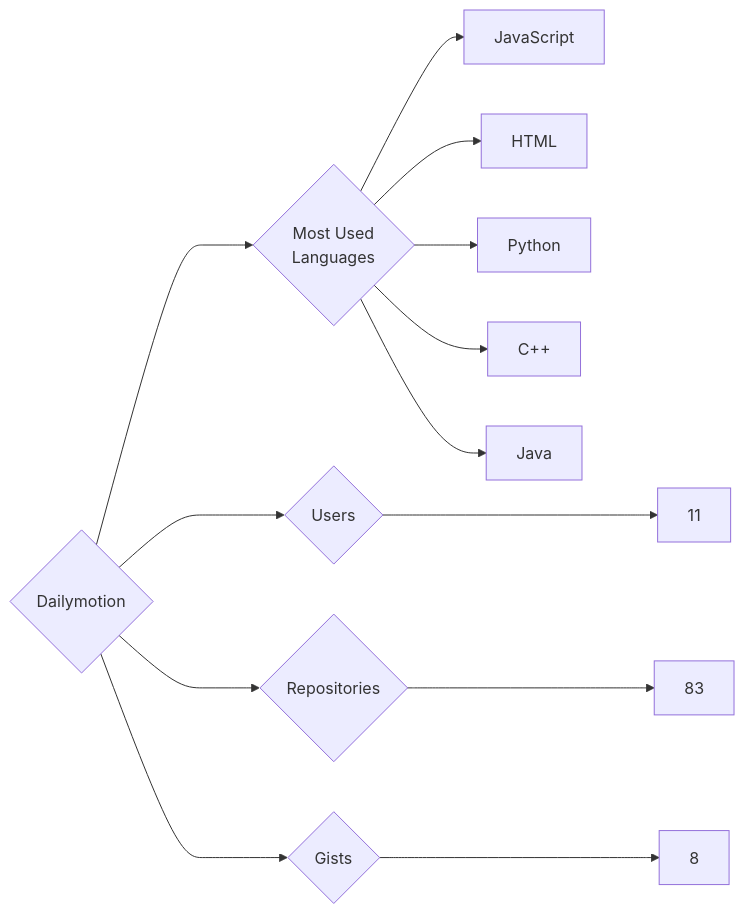
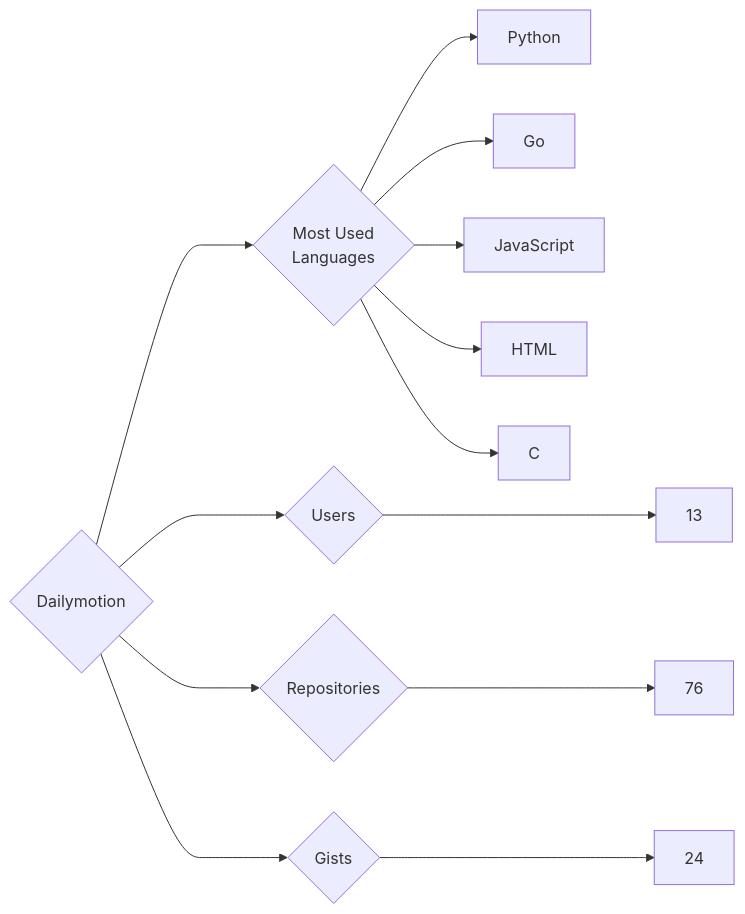
Before and after one commit to trickest/insiders: the diagram in targets/Dailymotion/README.md, drawn with Mermaid. The commit also changed 1084 other files, not shown here.

````diff
--- a/targets/Dailymotion/README.md
+++ b/targets/Dailymotion/README.md
@@ -3,13 +3,13 @@
 ```mermaid
 graph LR
 COMPANY_NAME{Dailymotion}
-COMPANY_NAME ---> U{Users} ---> UN[11]
-COMPANY_NAME ---> R{Repositories} ---> RN[83]
-COMPANY_NAME ---> G{Gists} ---> GN[8]
+COMPANY_NAME ---> U{Users} ---> UN[13]
+COMPANY_NAME ---> R{Repositories} ---> RN[76]
+COMPANY_NAME ---> G{Gists} ---> GN[24]
 COMPANY_NAME ---> ML{Most Used<br>Languages}
+ML --> Python[Python]
+ML --> Go[Go]
 ML --> JavaScript[JavaScript]
 ML --> HTML[HTML]
-ML --> Python[Python]
-ML --> C++[C++]
-ML --> Java[Java]
+ML --> C[C]
 ```
````
